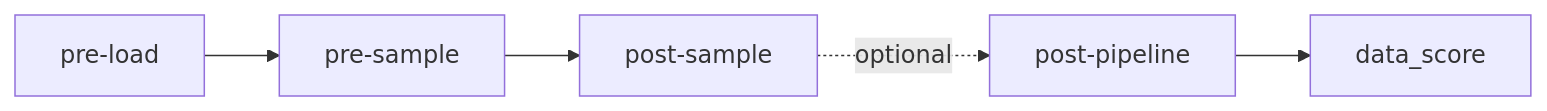
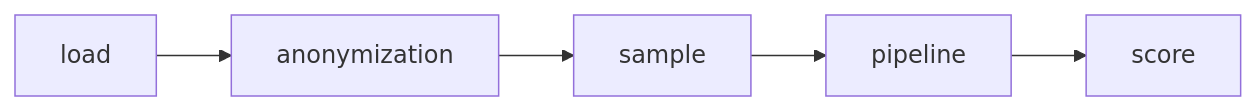
Diagram 11 of 18 in docs/overview/flowcharts.md (simplymathematics/deckard), drawn with Mermaid before and after one commit. The commit also changed other lines of this file and 28 other files, not shown here.

````diff
--- a/docs/overview/flowcharts.md
+++ b/docs/overview/flowcharts.md
@@ -207,7 +188,6 @@
 ```mermaid
 flowchart LR
-  A[pre-load]:::data --> B[pre-sample]:::data
-  B --> C[post-sample]:::data
-  C -. optional .-> D[post-pipeline]:::data
-  D --> E[data_score]:::scores
+  A[load]:::data -->  B[anonymization]:::data --> C[sample]:::data
+  C --> D[pipeline]:::data
+  D --> E[score]:::scores
 ```
````
